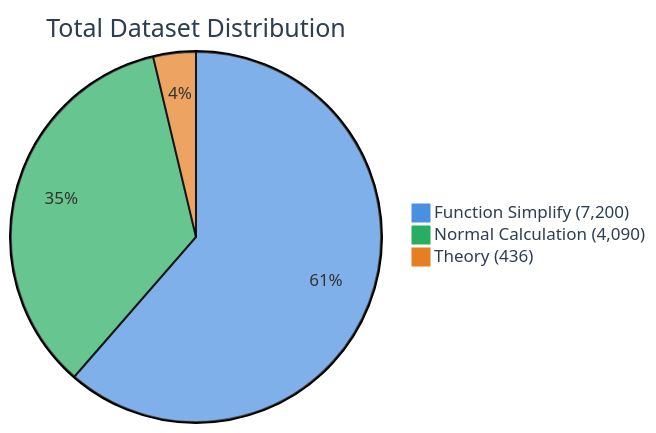
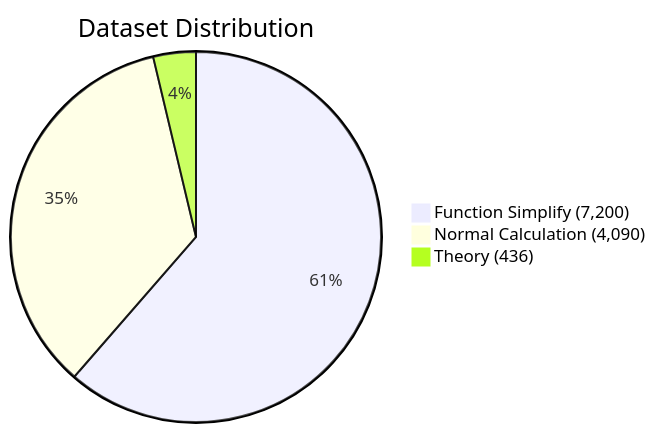
Before and after one commit to Nhai-Dao/LLM_DATASET: the first of 3 diagrams in README.md, drawn with Mermaid. The commit also changed other lines of this file, not shown here.

````diff
--- a/README.md
+++ b/README.md
@@ -117,7 +76,6 @@
 ```mermaid
-%%{init: {'theme':'base', 'themeVariables': { 'pie1': '#4A90E2', 'pie2': '#27AE60', 'pie3': '#E67E22', 'pieLegendTextColor': '#2C3E50', 'pieTitleTextColor': '#2C3E50'}}}%%
-pie title Total Dataset Distribution
+pie title Dataset Distribution
     "Function Simplify (7,200)" : 7200
     "Normal Calculation (4,090)" : 4090
     "Theory (436)" : 436
 ```
````
